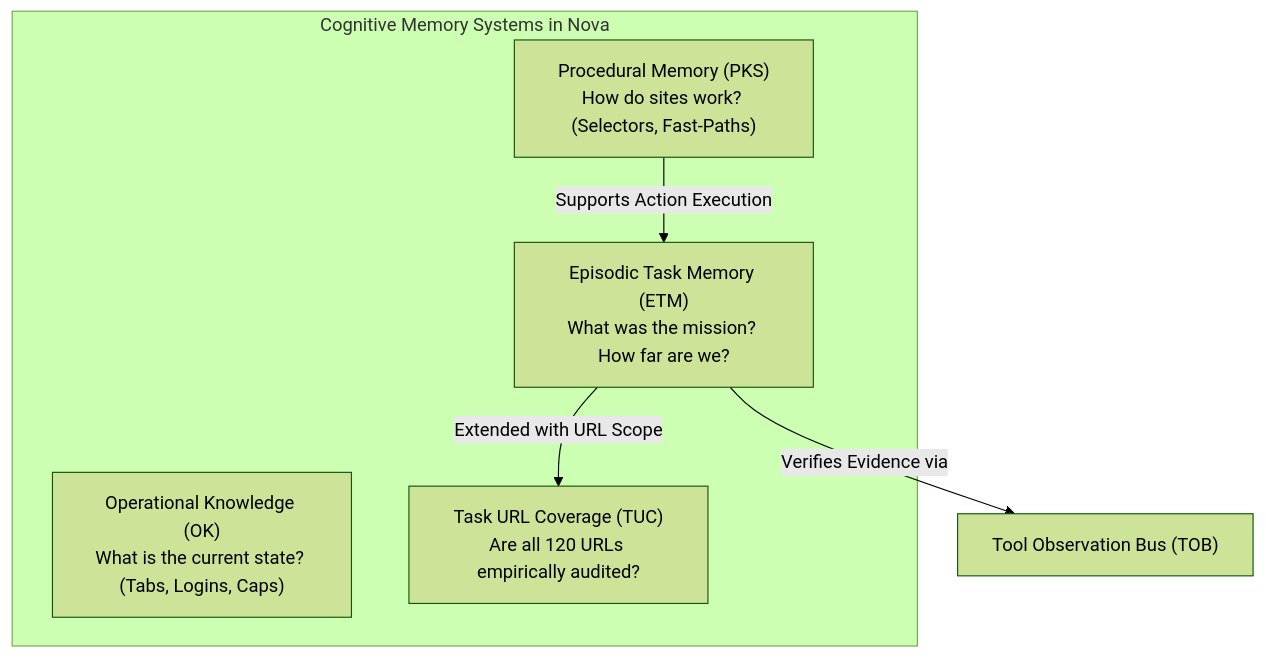
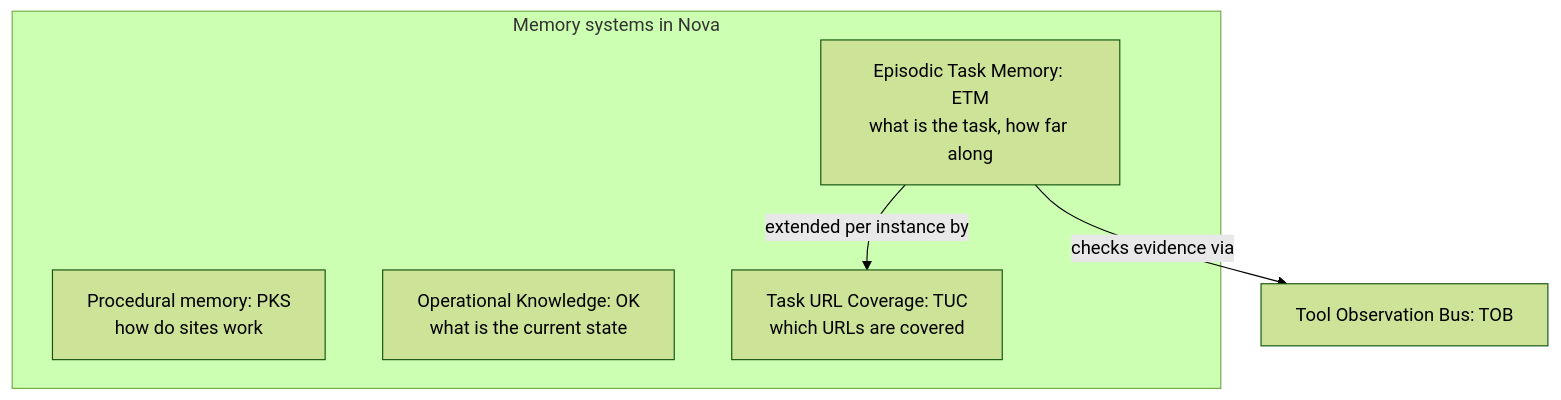
One commit to joelaniol/nova changed the first of 2 diagrams in docs/core-features/etm-and-task-memory.md. Above: the diagram before and after it, drawn with Mermaid (forest theme). The commit also changed other lines of this file and 495 other files, not shown here.

````diff
--- a/docs/core-features/etm-and-task-memory.md
+++ b/docs/core-features/etm-and-task-memory.md
@@ -23,17 +23,12 @@
 ```mermaid
 flowchart TD
-    subgraph CognitiveMemory["Cognitive Memory Systems in Nova"]
-        PKS["Procedural Memory (PKS)
-How do sites work? (Selectors, Fast-Paths)"]
-        OK["Operational Knowledge (OK)
-What is the current state? (Tabs, Logins, Caps)"]
-        ETM["Episodic Task Memory (ETM)
-What was the mission? How far are we?"]
-        TUC["Task URL Coverage (TUC)
-Are all 120 URLs empirically audited?"]
+    subgraph CognitiveMemory["Memory systems in Nova"]
+        PKS["Procedural memory: PKS<br/>how do sites work"]
+        OK["Operational Knowledge: OK<br/>what is the current state"]
+        ETM["Episodic Task Memory: ETM<br/>what is the task, how far along"]
+        TUC["Task URL Coverage: TUC<br/>which URLs are covered"]
     end
 
-    ETM -->|Extended with URL Scope| TUC
-    ETM -->|Verifies Evidence via| TOB["Tool Observation Bus (TOB)"]
-    PKS -->|Supports Action Execution| ETM
+    ETM -->|extended per instance by| TUC
+    ETM -->|checks evidence via| TOB["Tool Observation Bus: TOB"]
 ```
````
